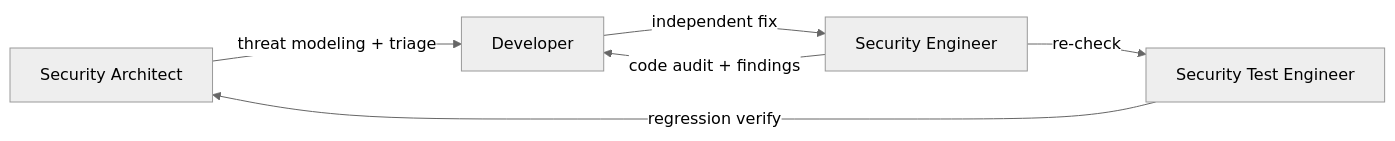
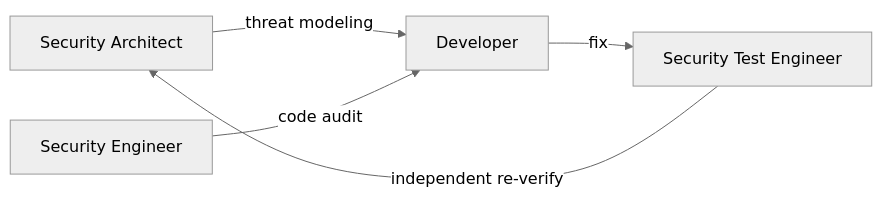
One commit to icylight/pi-tavern changed the fourth of 7 diagrams in README.en.md. Above: the diagram before and after it, drawn with Mermaid (neutral theme). The commit also changed other lines of this file and 1 other file, not shown here.

````diff
--- a/README.en.md
+++ b/README.en.md
@@ -142,8 +142,7 @@
 ```mermaid
 flowchart LR
-    SA["Security Architect"] -->|"threat modeling + triage"| DV["Developer"]
-    SE["Security Engineer"] -->|"code audit + findings"| DV
-    DV -->|"independent fix"| SE
-    SE -->|"re-check"| ST["Security Test Engineer"]
-    ST -->|"regression verify"| SA
+    SA["Security Architect"] -->|"threat modeling"| DE["Developer"]
+    SE["Security Engineer"] -->|"code audit"| DE
+    DE -->|"fix"| ST["Security Test Engineer"]
+    ST -->|"independent re-verify"| SA
 ```
````
